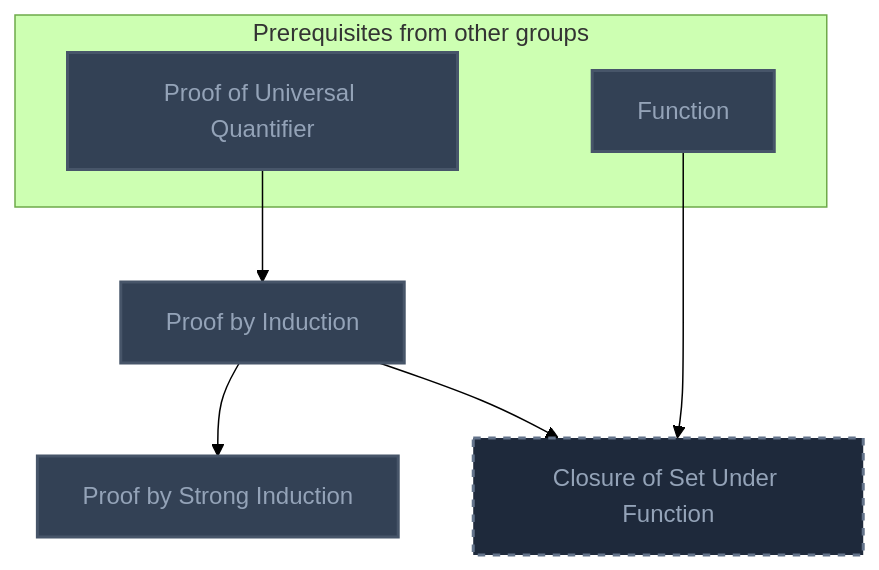
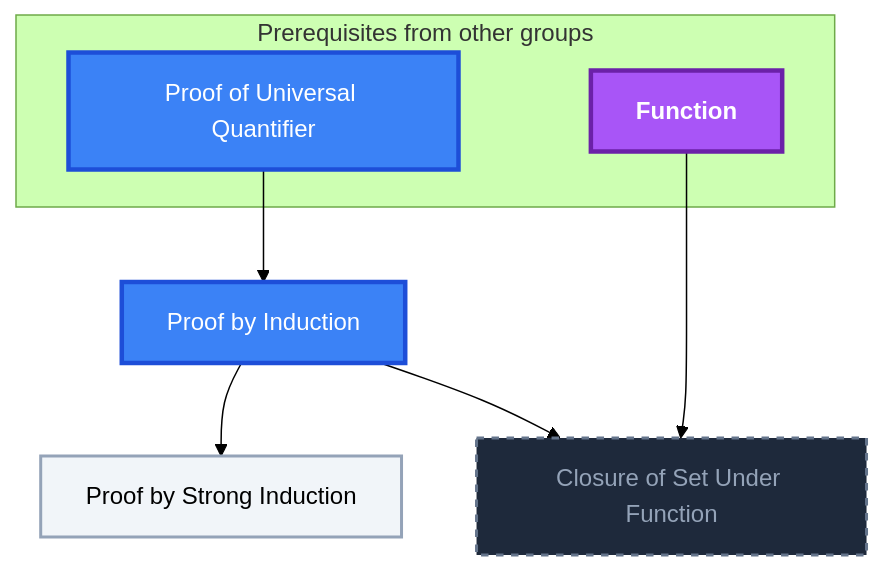
One commit to MRauf1/My-Notes changed the sixth of 7 diagrams in Gamification/Skill Trees/Discrete Mathematics.md. Above: the diagram before and after it, drawn with Mermaid (forest theme). The commit also changed other lines of this file and 156 other files, not shown here.

````diff
--- a/Gamification/Skill Trees/Discrete Mathematics.md
+++ b/Gamification/Skill Trees/Discrete Mathematics.md
@@ -387,26 +398,28 @@
 ```mermaid
 flowchart TD
     classDef planned fill:#1E293B,stroke:#64748B,stroke-width:2px,stroke-dasharray:5 5,color:#94A3B8;
     classDef locked fill:#334155,stroke:#475569,stroke-width:2px,color:#94A3B8;
     classDef L0 fill:#F1F5F9,stroke:#94A3B8,stroke-width:2px,color:#000000;
     classDef L1 fill:#22C55E,stroke:#15803D,stroke-width:2px,color:#000000;
     classDef L2 fill:#3B82F6,stroke:#1D4ED8,stroke-width:3px,color:#FFFFFF;
     classDef L3 fill:#A855F7,stroke:#6B21A8,stroke-width:3px,color:#FFFFFF,font-weight:bold;
     classDef L4 fill:#F97316,stroke:#C2410C,stroke-width:4px,color:#000000,font-weight:bold;
     classDef L5 fill:#FFD700,stroke:#FF8C00,stroke-width:5px,color:#000000,font-weight:bold;
     classDef rusty stroke:#8B4513,stroke-width:4px,stroke-dasharray:3 3;
     subgraph sg_prereqs["Prerequisites from other groups"]
         n_proof_of_universal_quantifier["Proof of Universal Quantifier"]
         n_function["Function"]
     end
     n_proof_by_induction["Proof by Induction"]
     n_proof_by_strong_induction["Proof by Strong Induction"]
     n_closure_of_set_under_function["Closure of Set Under Function"]
     n_proof_of_universal_quantifier --> n_proof_by_induction
     n_proof_by_induction --> n_proof_by_strong_induction
     n_proof_by_induction --> n_closure_of_set_under_function
     n_function --> n_closure_of_set_under_function
     class n_closure_of_set_under_function planned;
-    class n_proof_of_universal_quantifier,n_function,n_proof_by_induction,n_proof_by_strong_induction locked;
+    class n_proof_by_strong_induction L0;
+    class n_proof_of_universal_quantifier,n_proof_by_induction L2;
+    class n_function L3;
     class n_proof_of_universal_quantifier,n_function,n_proof_by_induction,n_proof_by_strong_induction internal-link;
 ```
````
